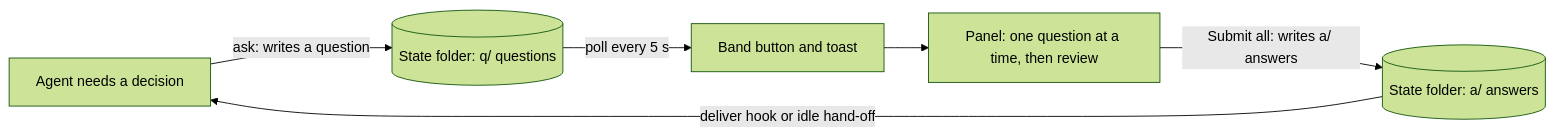
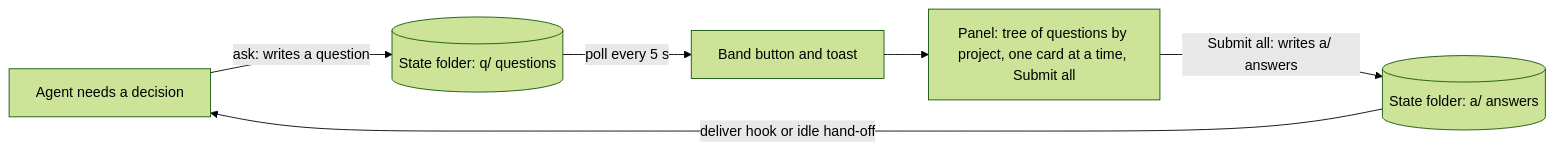
The first of 2 diagrams in README.md (KeepGlide/askaway), drawn with Mermaid (forest theme) before and after one commit. The commit also changed other lines of this file and 3 other files, not shown here.

````diff
--- a/README.md
+++ b/README.md
@@ -37,8 +38,8 @@
 ```mermaid
 flowchart LR
     agent["Agent needs a decision"] -->|"ask: writes a question"| folder[("State folder: q/ questions")]
     folder -->|"poll every 5 s"| band["Band button and toast"]
-    band --> panel["Panel: one question at a time, then review"]
+    band --> panel["Panel: tree of questions by project, one card at a time, Submit all"]
     panel -->|"Submit all: writes a/ answers"| answers[("State folder: a/ answers")]
     answers -->|"deliver hook or idle hand-off"| agent
 ```
````
